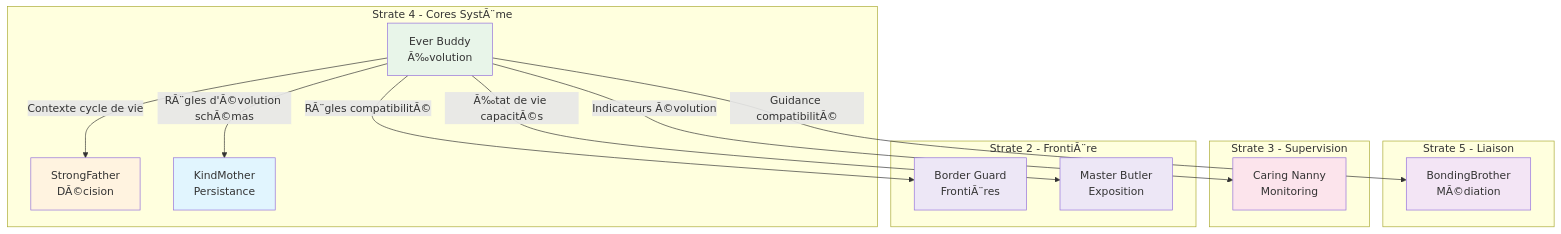
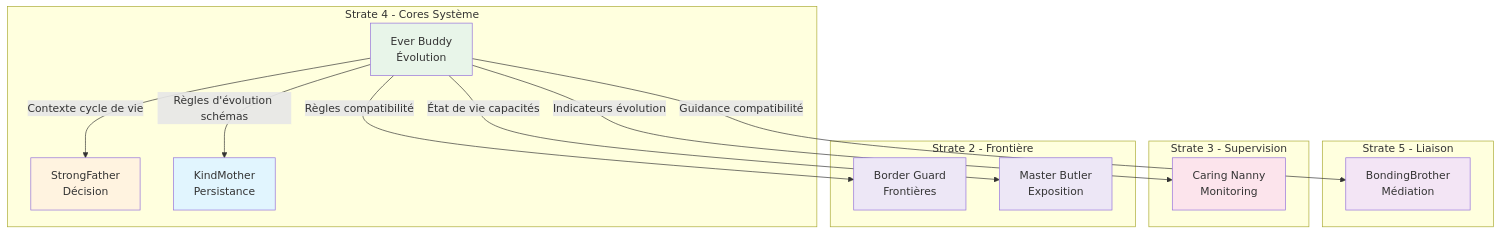
One commit to StudioMiyukini/miyukini_cog changed the diagram in docs/cores/EverBuddy/_index.md. Above: the diagram before and after it, drawn with Mermaid. The commit also changed other lines of this file and 564 other files, not shown here.

````diff
--- a/docs/cores/EverBuddy/_index.md
+++ b/docs/cores/EverBuddy/_index.md
@@ -149,42 +149,42 @@
 ```mermaid
 graph TB
-    subgraph Strate4[Strate 4 - Cores SystÃ¨me]
-        SF[StrongFather<br/>DÃ©cision]
+    subgraph Strate4[Strate 4 - Cores Système]
+        SF[StrongFather<br/>Décision]
         KM[KindMother<br/>Persistance]
-        EB[Ever Buddy<br/>Ã‰volution]
+        EB[Ever Buddy<br/>Évolution]
     end
 
     subgraph Strate5[Strate 5 - Liaison]
-        BB[BondingBrother<br/>MÃ©diation]
+        BB[BondingBrother<br/>Médiation]
     end
 
     subgraph Strate3[Strate 3 - Supervision]
         CN[Caring Nanny<br/>Monitoring]
     end
 
-    subgraph Strate2[Strate 2 - FrontiÃ¨re]
-        BG[Border Guard<br/>FrontiÃ¨res]
+    subgraph Strate2[Strate 2 - Frontière]
+        BG[Border Guard<br/>Frontières]
         MB[Master Butler<br/>Exposition]
     end
 
     EB -->|"Contexte cycle de vie"| SF
-    EB -->|"RÃ¨gles d'Ã©volution schÃ©mas"| KM
-    EB -->|"Guidance compatibilitÃ©"| BB
-    EB -->|"Indicateurs Ã©volution"| CN
-    EB -->|"RÃ¨gles compatibilitÃ©"| BG
-    EB -->|"Ã‰tat de vie capacitÃ©s"| MB
+    EB -->|"Règles d'évolution schémas"| KM
+    EB -->|"Guidance compatibilité"| BB
+    EB -->|"Indicateurs évolution"| CN
+    EB -->|"Règles compatibilité"| BG
+    EB -->|"État de vie capacités"| MB
 
     classDef coreEvolution fill:#e8f5e9
     classDef coreData fill:#e1f5fe
     classDef coreDecision fill:#fff3e0
     classDef liaison fill:#f3e5f5
     classDef supervision fill:#fce4ec
     classDef frontier fill:#ede7f6
 
     class EB coreEvolution
     class KM coreData
     class SF coreDecision
     class BB liaison
     class CN supervision
     class BG,MB frontier
 ```
````
